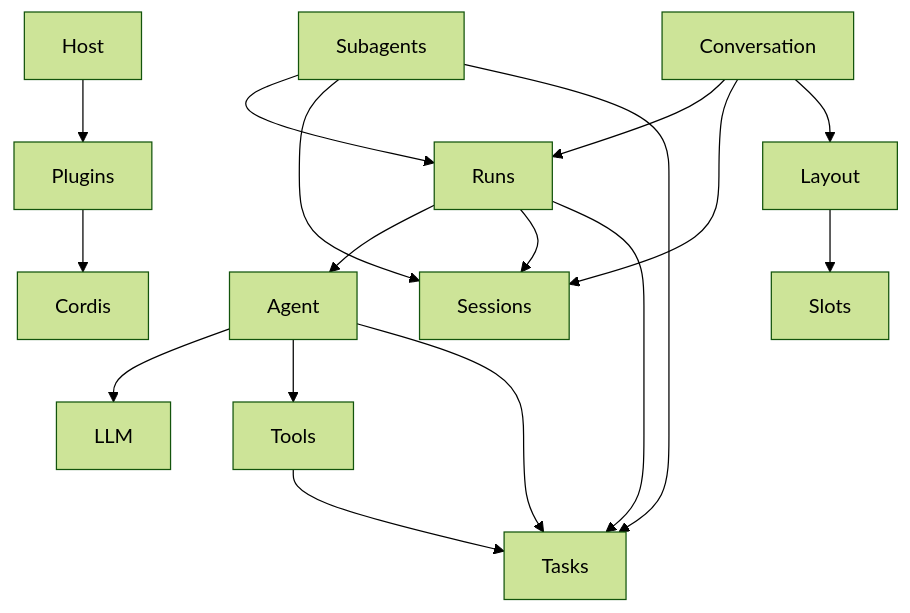
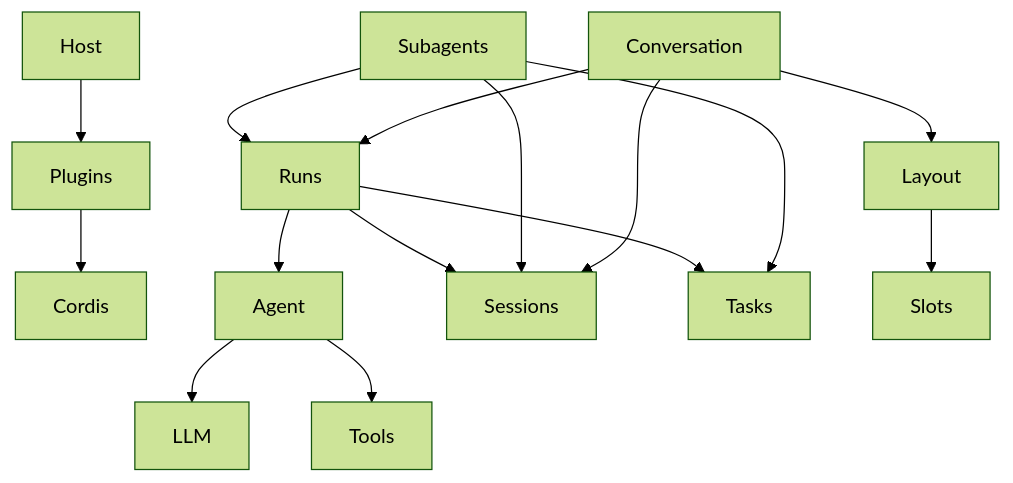
The first of 3 diagrams in docs/architecture.md (catyugu/mini-harness), drawn with Mermaid (forest theme) before and after one commit. The commit also changed other lines of this file and 94 other files, not shown here.

````diff
--- a/docs/architecture.md
+++ b/docs/architecture.md
@@ -7,19 +7,17 @@
 ```mermaid
 flowchart TD
   Host --> Plugins
   Plugins --> Cordis
   Agent --> LLM
   Agent --> Tools
-  Agent --> Tasks
-  Tools --> Tasks
   Runs --> Agent
   Runs --> Sessions
   Runs --> Tasks
   Subagents --> Runs
   Subagents --> Sessions
   Subagents --> Tasks
   Conversation --> Runs
   Conversation --> Sessions
   Conversation --> Layout
   Layout --> Slots
 ```
````
